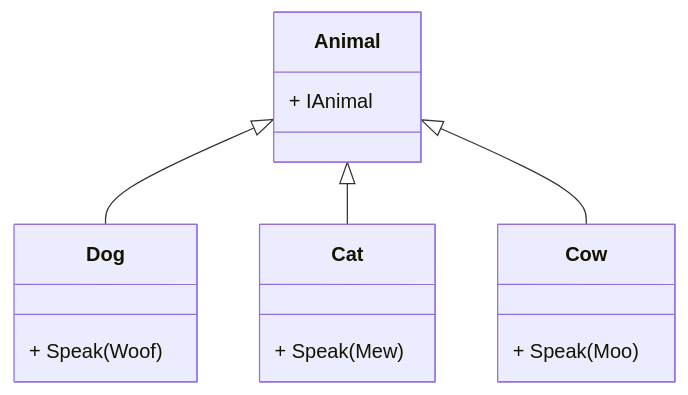
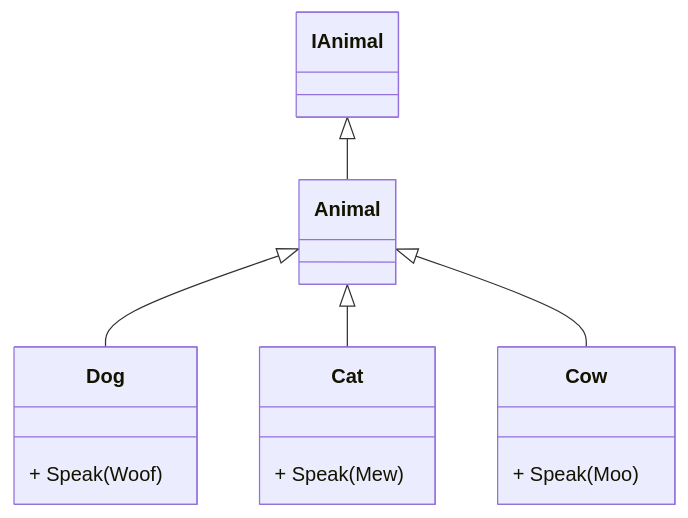
One commit to TGabinW/CW6 changed the diagram in README.md. Above: the diagram before and after it, drawn with Mermaid.

````diff
--- a/README.md
+++ b/README.md
@@ -3,16 +3,16 @@
 ```mermaid
 classDiagram
+    IAnimal<|--Animal
     Animal <|-- Dog
     Animal <|-- Cat
     Animal <|-- Cow
-    Animal: + IAnimal
     class Dog{
         +  Speak(Woof)
     }
     class Cat{
         + Speak(Mew)
     }
     class Cow{
         + Speak(Moo)
     }
 ```
````
